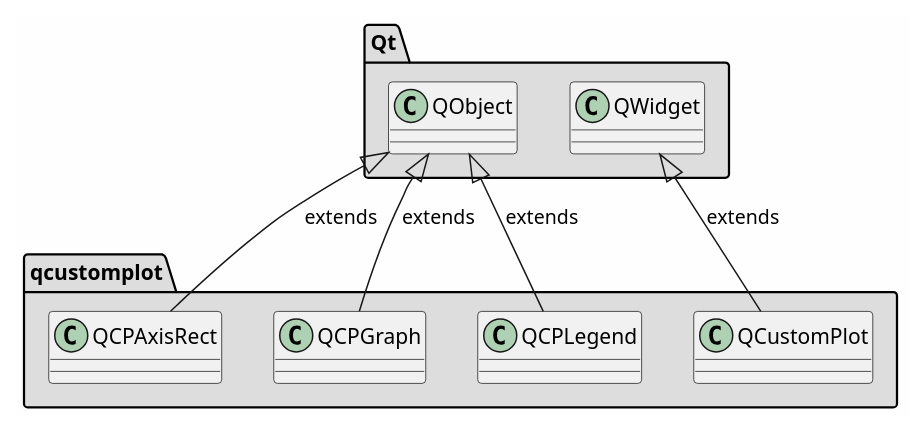
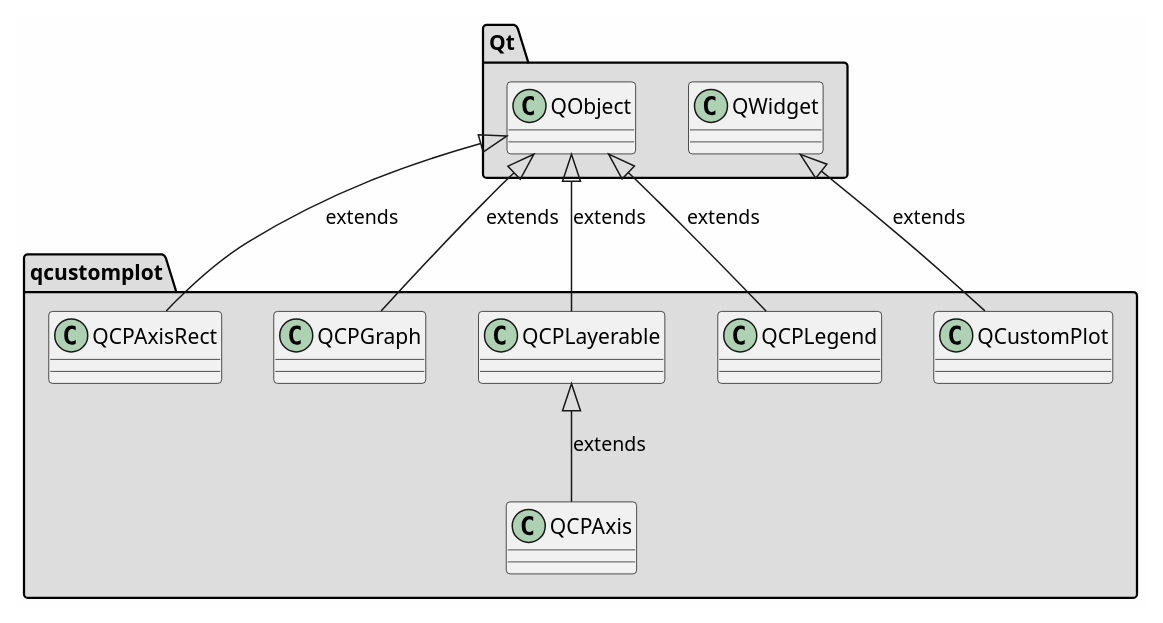
Before and after one commit to svlad-90/DLT-Message-Analyzer: the diagram in md/dev_docs/puml/qcustomplot_standalone.puml, drawn with PlantUML. The commit also changed 138 other files, not shown here.

```diff
--- a/md/dev_docs/puml/qcustomplot_standalone.puml
+++ b/md/dev_docs/puml/qcustomplot_standalone.puml
@@ -2,45 +2,55 @@
 @startuml
 
 skinparam backgroundColor #FEFEFE
 skinparam wrapWidth 600
 package "Qt" #DDDDDD
 {
 
 class "QObject"
 {
 }
 
 class "QWidget"
 {
 }
 
 }
 
 package "qcustomplot" #DDDDDD
 {
 
+class "QCPAxis"
+{
+}
+
 class "QCPAxisRect"
 {
 }
 
 class "QCPGraph"
+{
+}
+
+class "QCPLayerable"
 {
 }
 
 class "QCPLegend"
 {
 }
 
 class "QCustomPlot"
 {
 }
 
 }
 
 '====================Inheritance section====================
+QCPLayerable <|-- QCPAxis : extends
 QObject <|-- QCPAxisRect : extends
 QObject <|-- QCPGraph : extends
+QObject <|-- QCPLayerable : extends
 QObject <|-- QCPLegend : extends
 QWidget <|-- QCustomPlot : extends
 
 @enduml
```
